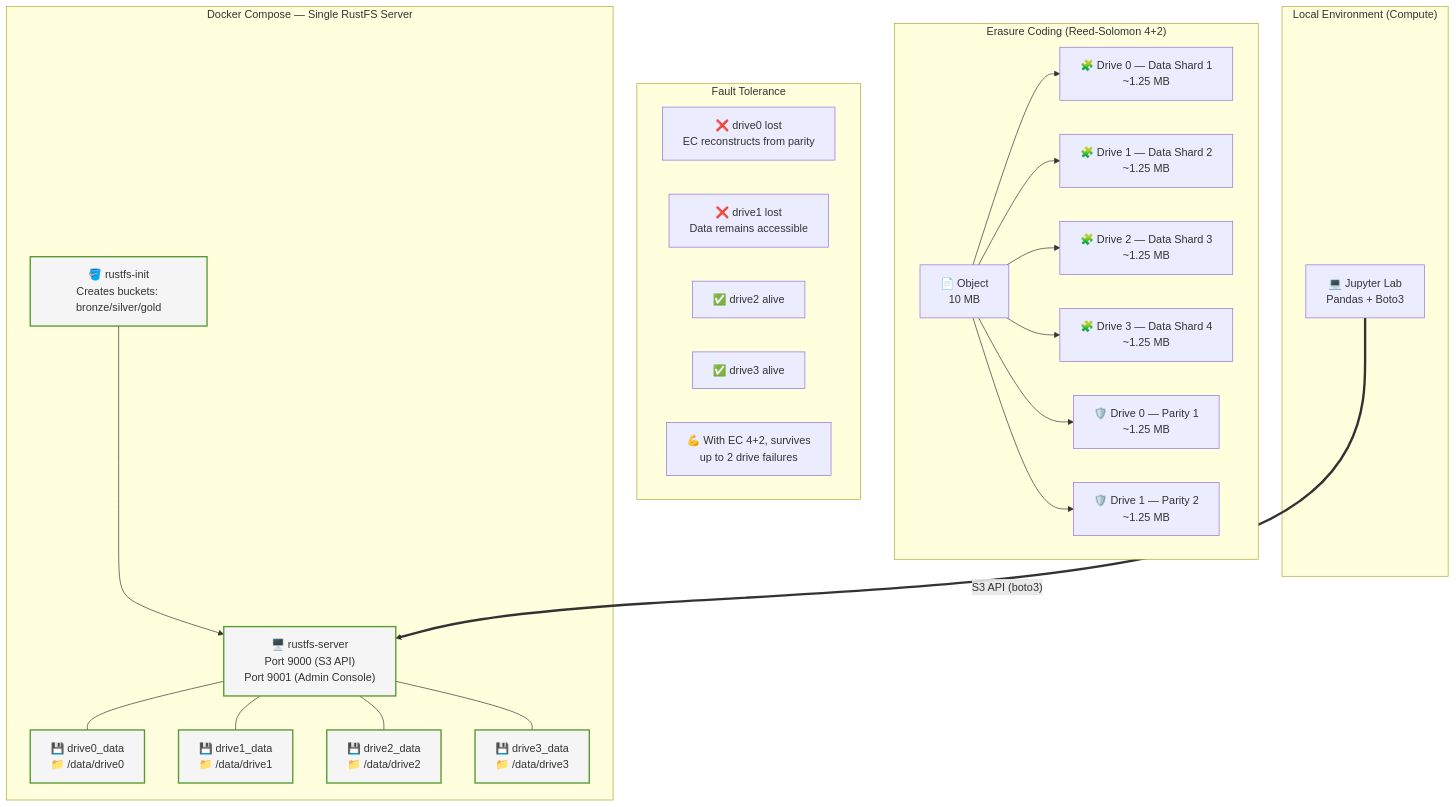
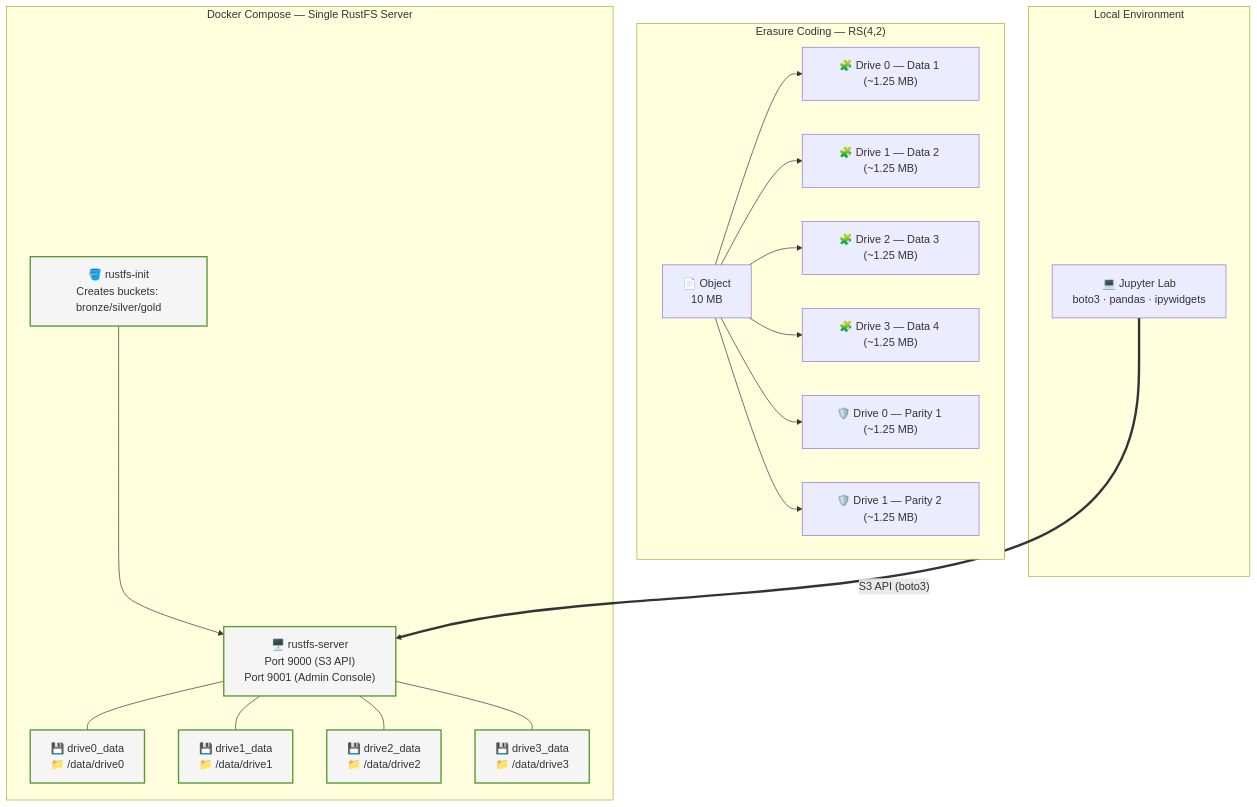
One commit to hiltonmbr/cdn-s3-lab changed the diagram in README.md. Above: the diagram before and after it, drawn with Mermaid. The commit also changed other lines of this file and 15 other files, not shown here.

````diff
--- a/README.md
+++ b/README.md
@@ -116,45 +150,36 @@
 ```mermaid
 graph TD
     subgraph "Docker Compose — Single RustFS Server"
         sv["🖥️  rustfs-server<br>Port 9000 (S3 API)<br>Port 9001 (Admin Console)"]
         init["🪣 rustfs-init<br>Creates buckets: bronze/silver/gold"]
 
         d0["💾 drive0_data<br>📁 /data/drive0"]
         d1["💾 drive1_data<br>📁 /data/drive1"]
         d2["💾 drive2_data<br>📁 /data/drive2"]
         d3["💾 drive3_data<br>📁 /data/drive3"]
 
         sv --- d0 & d1 & d2 & d3
         init --> sv
     end
 
-    subgraph "Erasure Coding (Reed-Solomon 4+2)"
+    subgraph "Erasure Coding — RS(4,2)"
         obj["📄 Object<br>10 MB"]
-        d1_shard["🧩 Drive 0 — Data Shard 1<br>~1.25 MB"]
-        d2_shard["🧩 Drive 1 — Data Shard 2<br>~1.25 MB"]
-        d3_shard["🧩 Drive 2 — Data Shard 3<br>~1.25 MB"]
-        d4_shard["🧩 Drive 3 — Data Shard 4<br>~1.25 MB"]
-        p1["🛡️ Drive 0 — Parity 1<br>~1.25 MB"]
-        p2["🛡️ Drive 1 — Parity 2<br>~1.25 MB"]
+        s0["🧩 Drive 0 — Data 1 (~1.25 MB)"]
+        s1["🧩 Drive 1 — Data 2 (~1.25 MB)"]
+        s2["🧩 Drive 2 — Data 3 (~1.25 MB)"]
+        s3["🧩 Drive 3 — Data 4 (~1.25 MB)"]
+        p1["🛡️ Drive 0 — Parity 1 (~1.25 MB)"]
+        p2["🛡️ Drive 1 — Parity 2 (~1.25 MB)"]
 
-        obj --> d1_shard & d2_shard & d3_shard & d4_shard
-        obj --> p1 & p2
+        obj --> s0 & s1 & s2 & s3 & p1 & p2
     end
 
-    subgraph "Fault Tolerance"
-        f1["❌ drive0 lost<br>EC reconstructs from parity"]
-        f2["❌ drive1 lost<br>Data remains accessible"]
-        f3["✅ drive2 alive"]
-        f4["✅ drive3 alive"]
-        f5["💪 With EC 4+2, survives<br>up to 2 drive failures"]
-    end
-
-    subgraph "Local Environment (Compute)"
-        jupyter["💻 Jupyter Lab<br>Pandas + Boto3"]
+    subgraph "Local Environment"
+        jupyter["💻 Jupyter Lab<br>boto3 · pandas · ipywidgets"]
     end
 
     jupyter == "S3 API (boto3)" ==> sv
 
     classDef core fill:#f5f5f5,stroke:#569A31,stroke-width:2px;
     class sv,d0,d1,d2,d3,init core;
 ```
````
